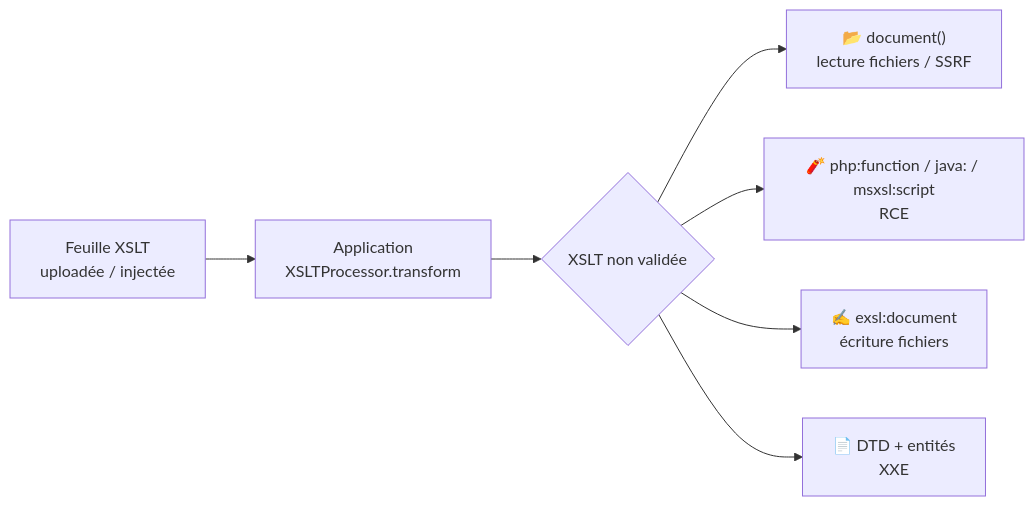
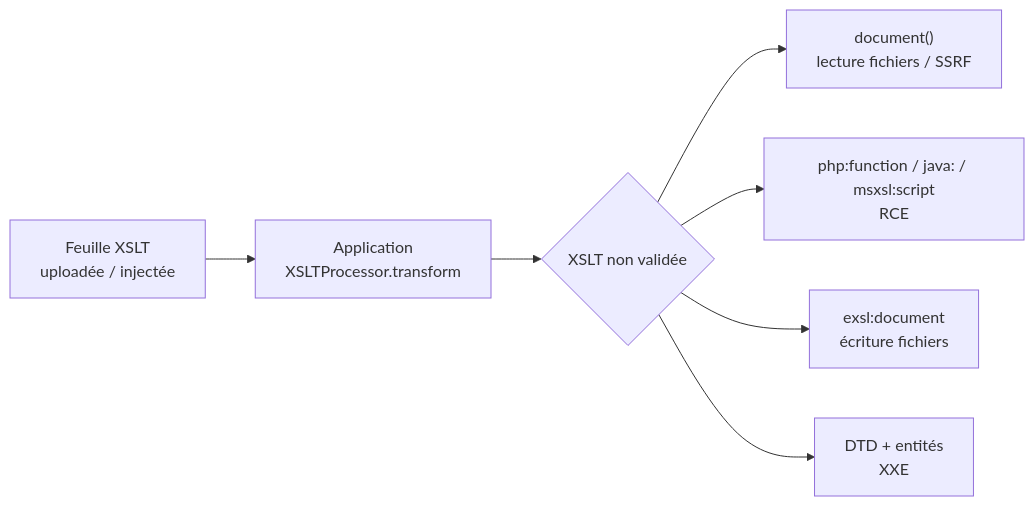
Before and after one commit to F0X-hack/foxhack.fr: the diagram in public/offsidian/vault/Cybersécurité Offensive/Techniques/XSLT Injection.md, drawn with Mermaid. The commit also changed other lines of this file and 369 other files, not shown here.

````diff
--- a/public/offsidian/vault/Cybersécurité Offensive/Techniques/XSLT Injection.md
+++ b/public/offsidian/vault/Cybersécurité Offensive/Techniques/XSLT Injection.md
@@ -33,9 +33,9 @@
 ```mermaid
 flowchart LR
     A[Feuille XSLT<br>uploadée / injectée] --> B[Application<br>XSLTProcessor.transform]
     B --> C{XSLT non validée}
-    C --> D["📂 document()<br>lecture fichiers / SSRF"]
-    C --> E["🧨 php:function / java: / msxsl:script<br>RCE"]
-    C --> F["✍️ exsl:document<br>écriture fichiers"]
-    C --> G[📄 DTD + entités<br>XXE]
+    C --> D["document()<br>lecture fichiers / SSRF"]
+    C --> E["php:function / java: / msxsl:script<br>RCE"]
+    C --> F["exsl:document<br>écriture fichiers"]
+    C --> G[DTD + entités<br>XXE]
 ```
````
